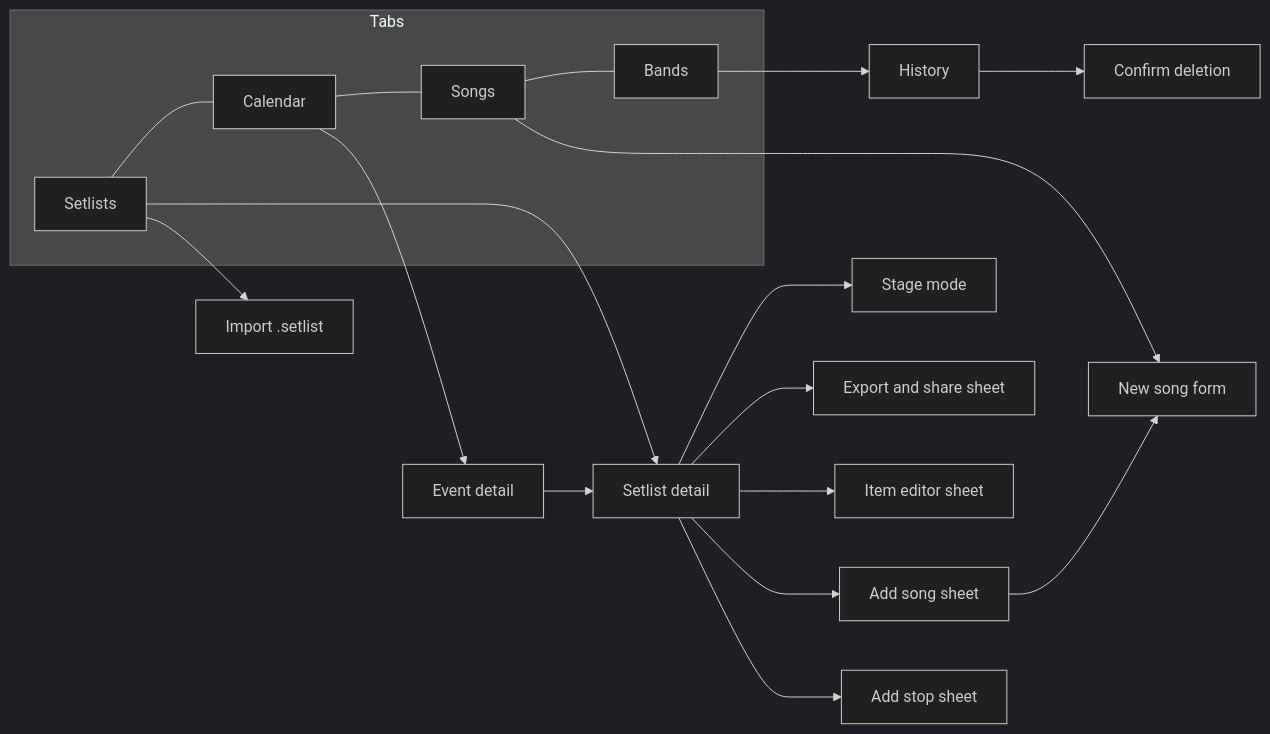
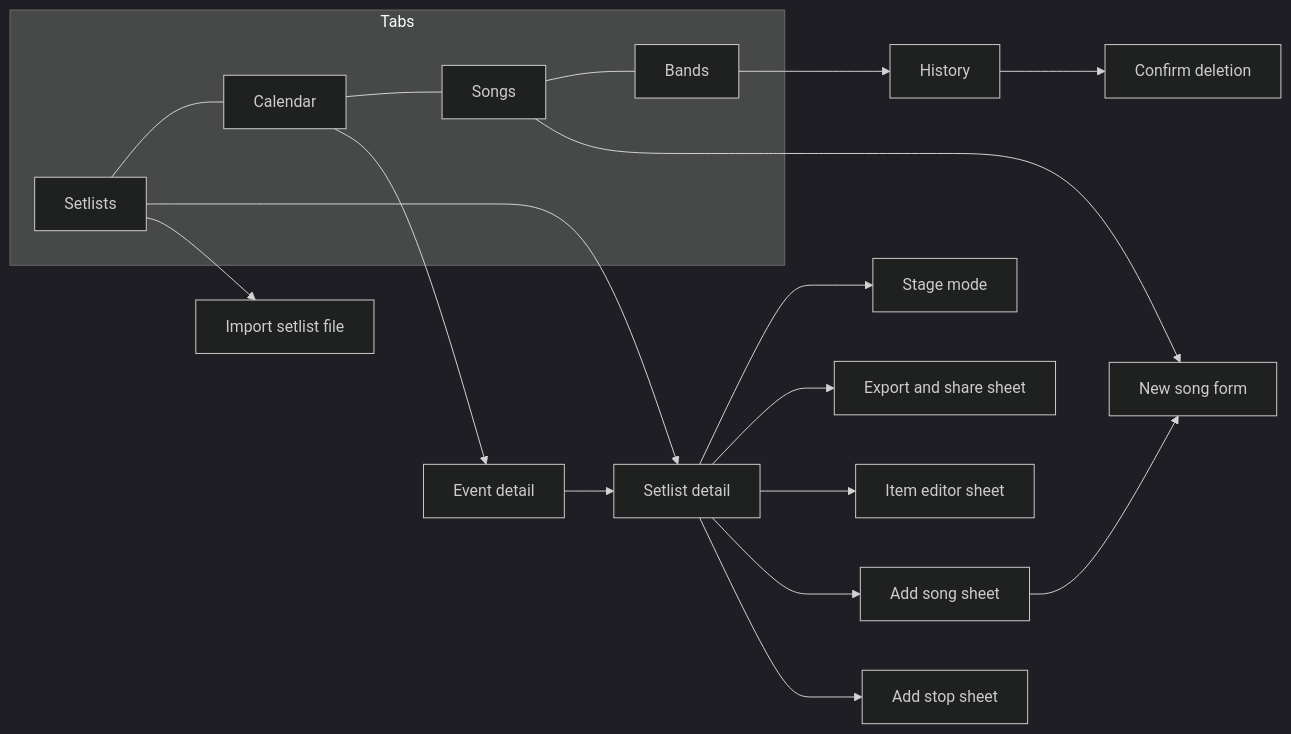
Before and after one commit to tonhete/tochlabs-setlist: the diagram in docs/product/screens-and-flows.md, drawn with Mermaid (dark theme). The commit also changed other lines of this file and 25 other files, not shown here.

````diff
--- a/docs/product/screens-and-flows.md
+++ b/docs/product/screens-and-flows.md
@@ -9,17 +9,17 @@
 ```mermaid
 flowchart LR
     subgraph Tabs
       SL[Setlists] --- CAL[Calendar] --- SO[Songs] --- BA[Bands]
     end
     SL --> SLD[Setlist detail]
     SLD --> ST[Stage mode]
     SLD --> EX[Export and share sheet]
     SLD --> IE[Item editor sheet]
     SLD --> AS[Add song sheet] --> NS[New song form]
     SLD --> AP[Add stop sheet]
-    SL --> IM[Import .setlist]
+    SL --> IM[Import setlist file]
     CAL --> EV[Event detail]
     EV --> SLD
     SO --> NS
     BA --> HI[History] --> CD[Confirm deletion]
 ```
````
